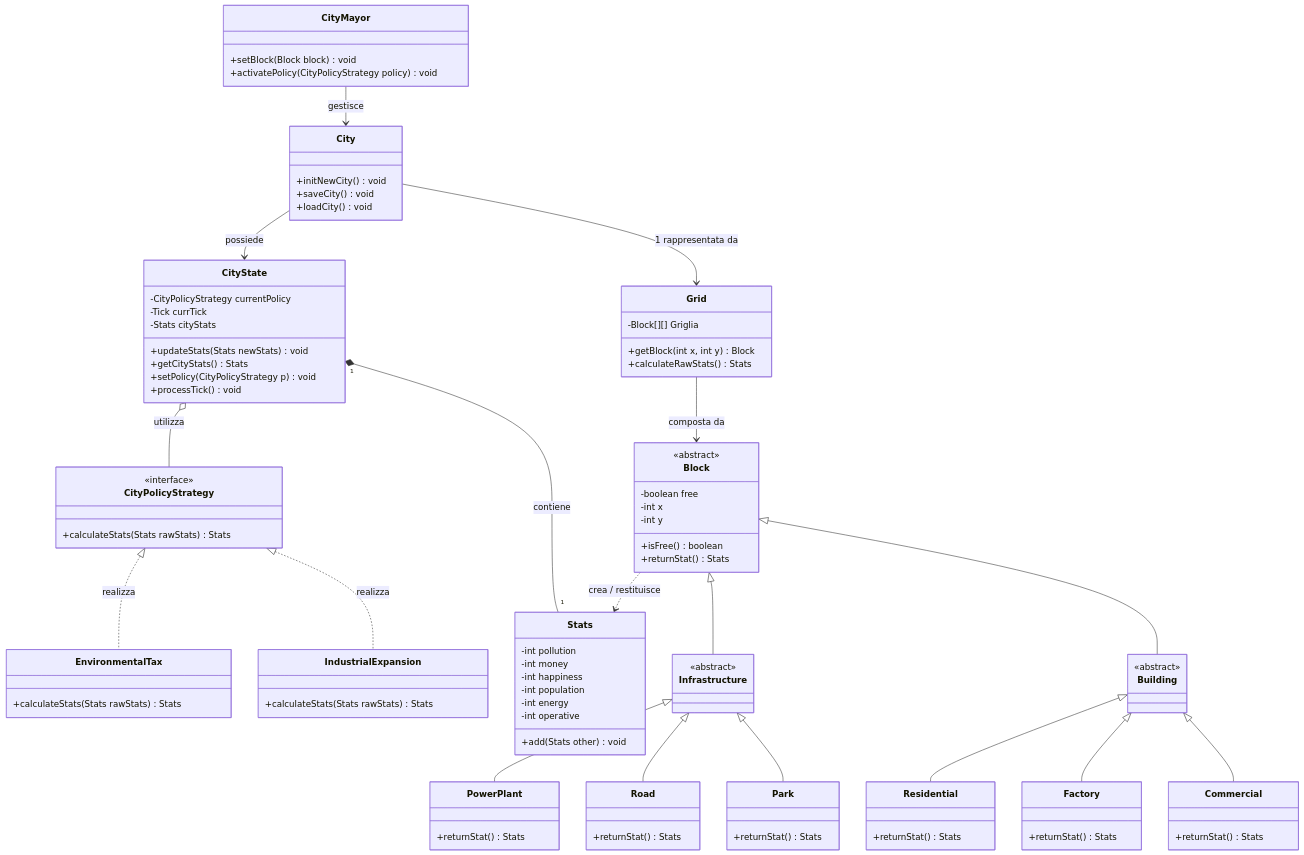
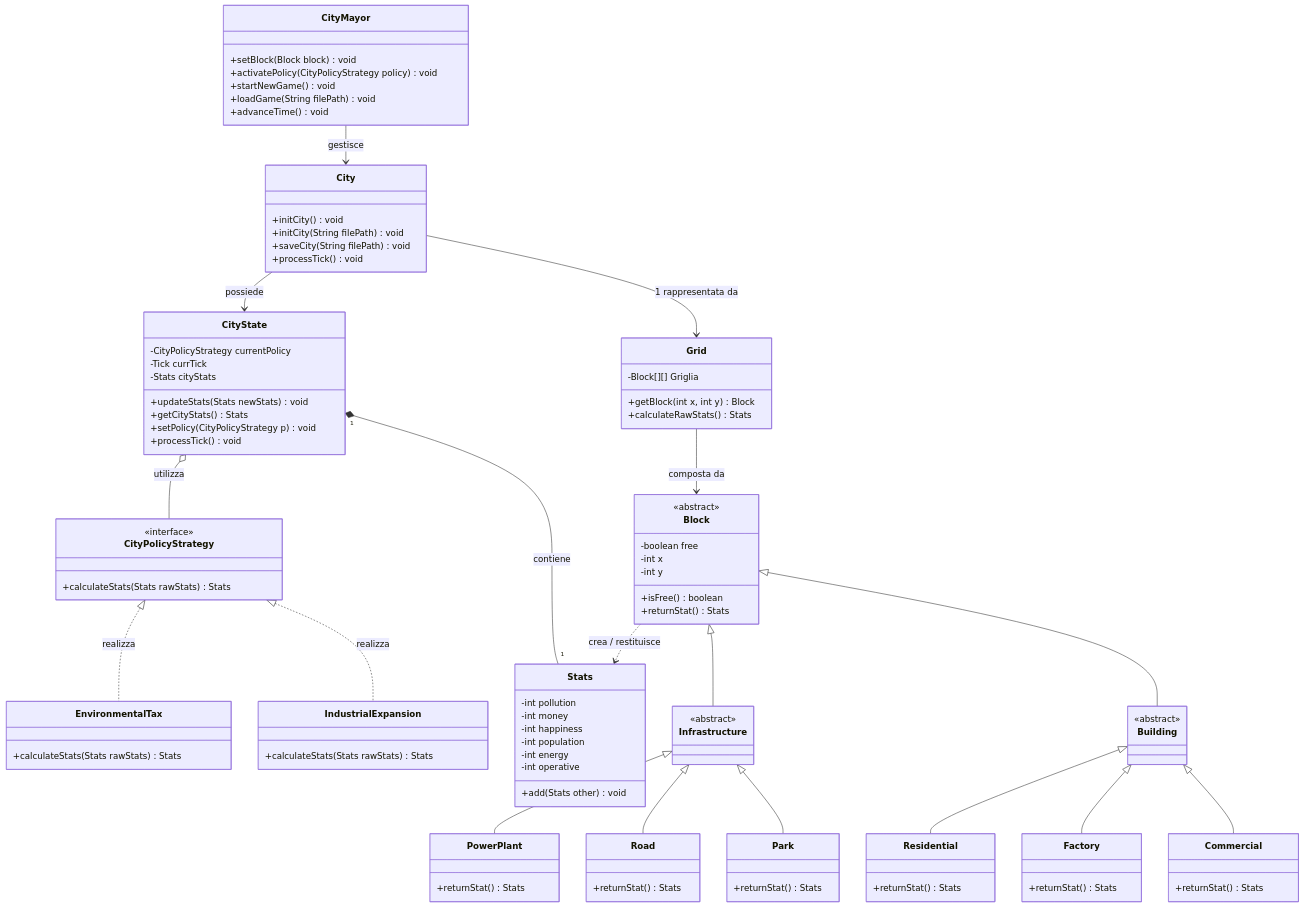
The diagram in design.md (LucaGea/Amatriciana), drawn with Mermaid before and after one commit.

```diff
--- a/design.md
+++ b/design.md
@@ -6,18 +6,21 @@
     %% 1. DEFINIZIONE CLASSI E INTERFACCE
     %% ==========================================
 
+    
     class CityMayor {
         +setBlock(Block block) void
         +activatePolicy(CityPolicyStrategy policy) void
+        +startNewGame() void
+        +loadGame(String filePath) void
+        +advanceTime() void
     }
 
     class City {
-        +initNewCity() void
-        %% Metodi futuri per l'I/O previsti dalle specifiche
-        +saveCity() void
-        +loadCity() void
+        +initCity() void
+        +initCity(String filePath) void
+        +saveCity(String filePath) void
+        +processTick() void
     }
-
     class CityState {
         -CityPolicyStrategy currentPolicy
         -Tick currTick
```
